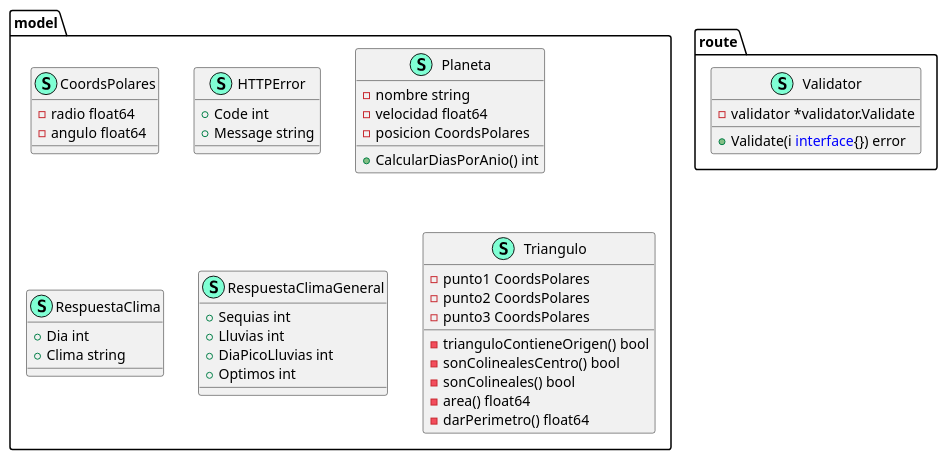
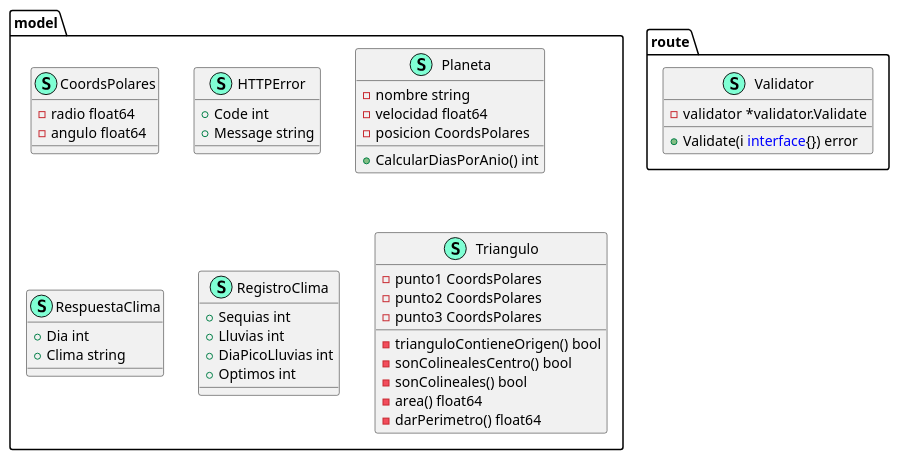
One commit to cargonzalv/planets-simulation-go changed the diagram in docs/ClassDiagram.puml. Above: the diagram before and after it, drawn with PlantUML. The commit also changed 19 other files, not shown here.

```diff
--- a/docs/ClassDiagram.puml
+++ b/docs/ClassDiagram.puml
@@ -1,58 +1,58 @@
 @startuml
 namespace model {
     class CoordsPolares << (S,Aquamarine) >> {
         - radio float64
         - angulo float64
 
     }
     class HTTPError << (S,Aquamarine) >> {
         + Code int
         + Message string
 
     }
     class Planeta << (S,Aquamarine) >> {
         - nombre string
         - velocidad float64
         - posicion CoordsPolares
 
         + CalcularDiasPorAnio() int
 
     }
     class RespuestaClima << (S,Aquamarine) >> {
         + Dia int
         + Clima string
 
     }
-    class RespuestaClimaGeneral << (S,Aquamarine) >> {
+    class RegistroClima << (S,Aquamarine) >> {
         + Sequias int
         + Lluvias int
         + DiaPicoLluvias int
         + Optimos int
 
     }
     class Triangulo << (S,Aquamarine) >> {
         - punto1 CoordsPolares
         - punto2 CoordsPolares
         - punto3 CoordsPolares
 
         - trianguloContieneOrigen() bool
         - sonColinealesCentro() bool
         - sonColineales() bool
         - area() float64
         - darPerimetro() float64
 
     }
 }
 
 
 namespace route {
     class Validator << (S,Aquamarine) >> {
         - validator *validator.Validate
 
         + Validate(i <font color=blue>interface</font>{}) error
 
     }
 }
 
 
 @enduml
```
